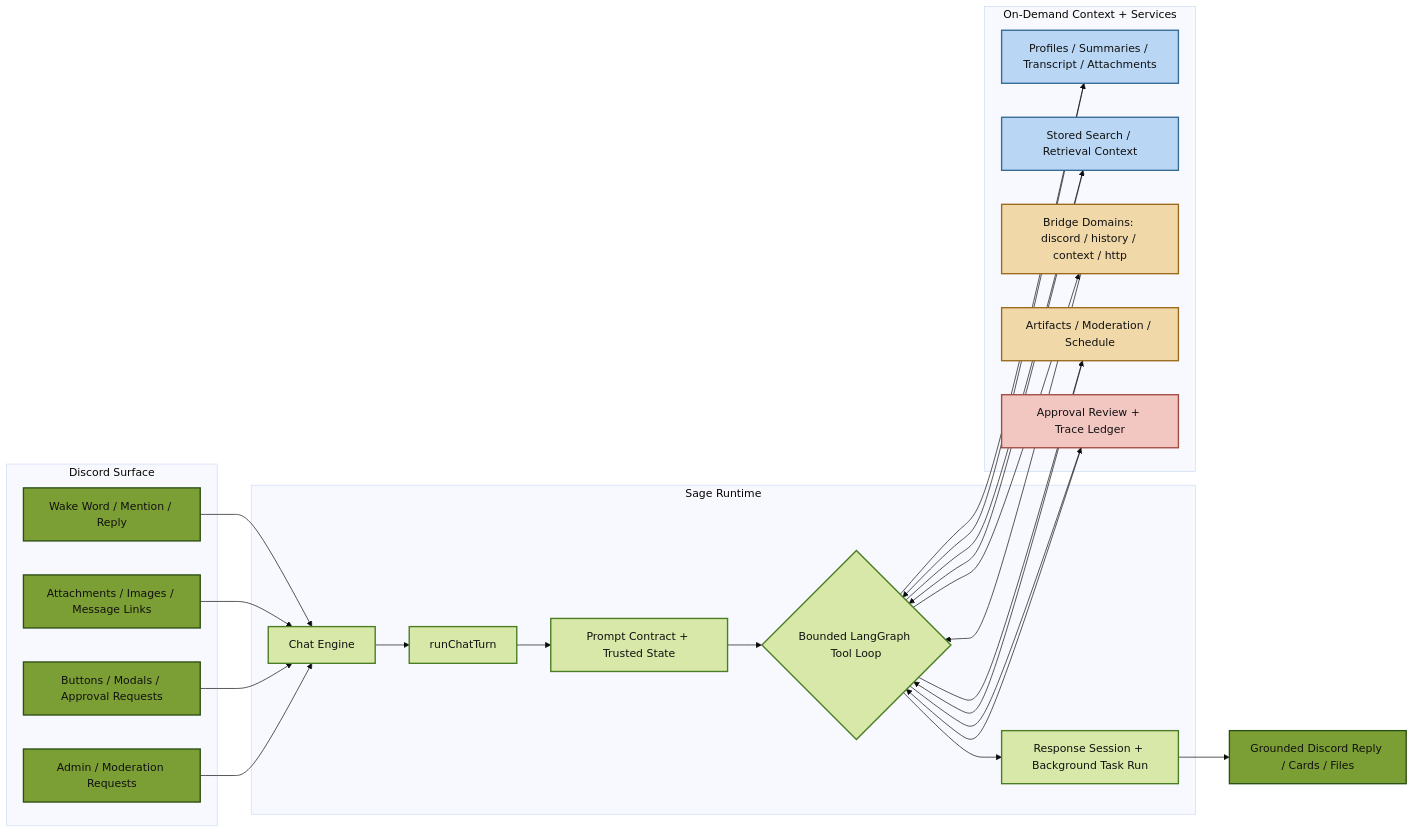
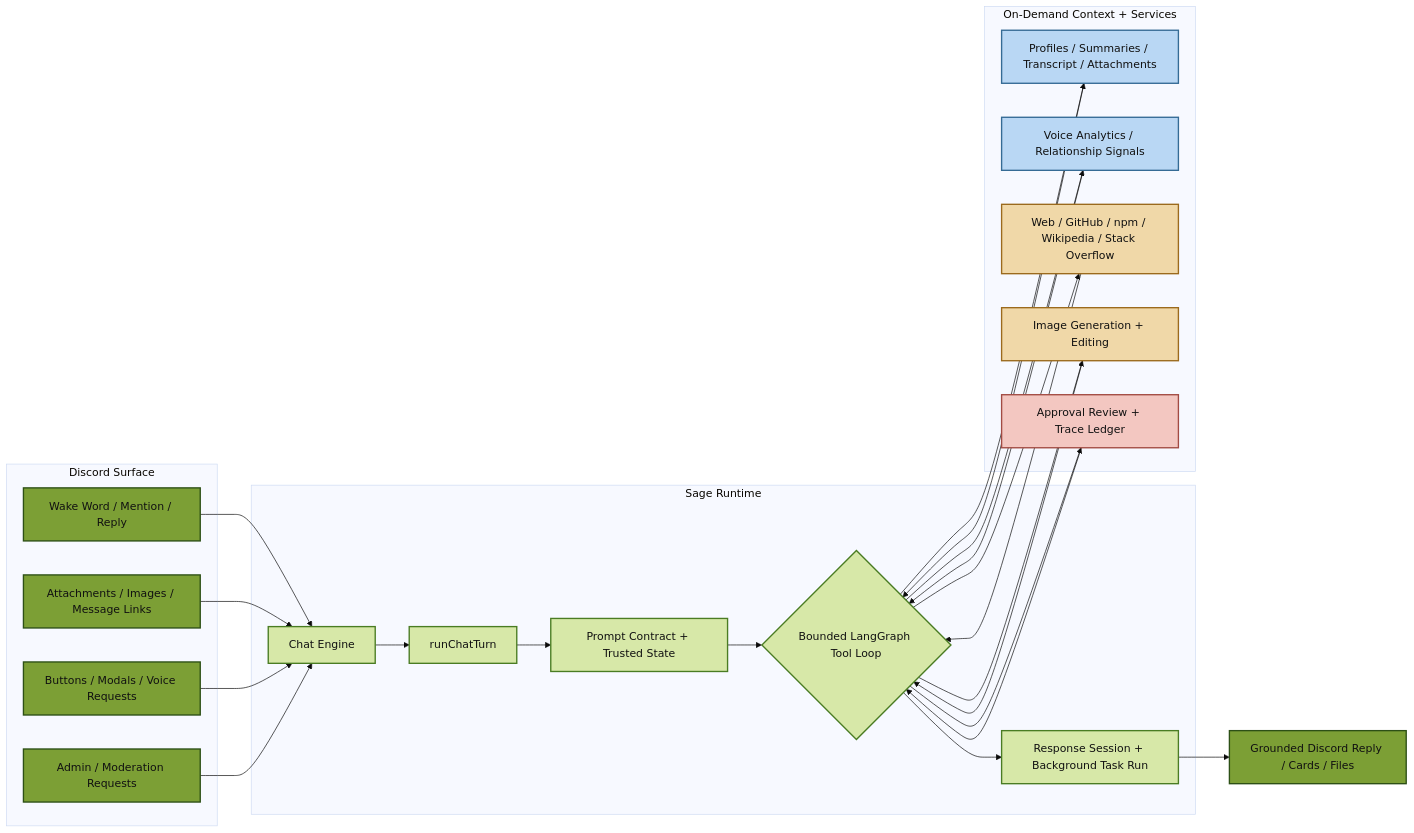
Before and after one commit to BokX1/Sage: the first of 2 diagrams in README.md, drawn with Mermaid (base theme). The commit also changed other lines of this file and 218 other files, not shown here.

````diff
--- a/README.md
+++ b/README.md
@@ -76,48 +77,48 @@
 ```mermaid
 flowchart LR
     classDef discord fill:#7c9f35,stroke:#2d5016,stroke-width:2px,color:#111
     classDef runtime fill:#d7e8a8,stroke:#4a7c23,stroke-width:2px,color:#111
     classDef memory fill:#b9d7f4,stroke:#356b95,stroke-width:2px,color:#111
     classDef tools fill:#f0d8a8,stroke:#9b6a1d,stroke-width:2px,color:#111
     classDef ops fill:#f3c7c1,stroke:#a24b43,stroke-width:2px,color:#111
 
     subgraph Discord["Discord Surface"]
         U["Wake Word / Mention / Reply"]:::discord
         X["Attachments / Images / Message Links"]:::discord
-        V["Buttons / Modals / Approval Requests"]:::discord
+        V["Buttons / Modals / Voice Requests"]:::discord
         A["Admin / Moderation Requests"]:::discord
     end
 
     subgraph Runtime["Sage Runtime"]
         CE["Chat Engine"]:::runtime
         RT["runChatTurn"]:::runtime
         PC["Prompt Contract + Trusted State"]:::runtime
         TL{"Bounded LangGraph Tool Loop"}:::runtime
         RS["Response Session + Background Task Run"]:::runtime
     end
 
     subgraph Data["On-Demand Context + Services"]
         M["Profiles / Summaries / Transcript / Attachments"]:::memory
-        G["Stored Search / Retrieval Context"]:::memory
-        W["Bridge Domains: discord / history / context / http"]:::tools
-        C["Artifacts / Moderation / Schedule"]:::tools
+        G["Voice Analytics / Relationship Signals"]:::memory
+        W["Web / GitHub / npm / Wikipedia / Stack Overflow"]:::tools
+        C["Image Generation + Editing"]:::tools
         P["Approval Review + Trace Ledger"]:::ops
     end
 
     U --> CE
     X --> CE
     V --> CE
     A --> CE
     CE --> RT --> PC --> TL --> RS
     TL --> M
     TL --> G
     TL --> W
     TL --> C
     TL --> P
     M --> TL
     G --> TL
     W --> TL
     C --> TL
     P --> TL
     RS --> R["Grounded Discord Reply / Cards / Files"]:::discord
 ```
````
